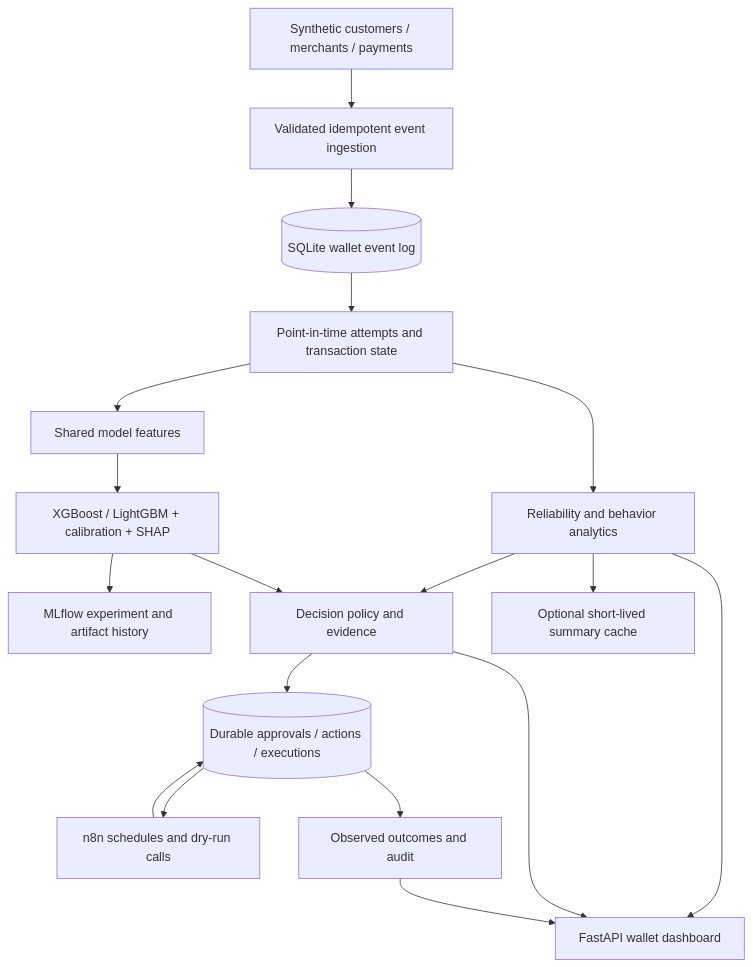
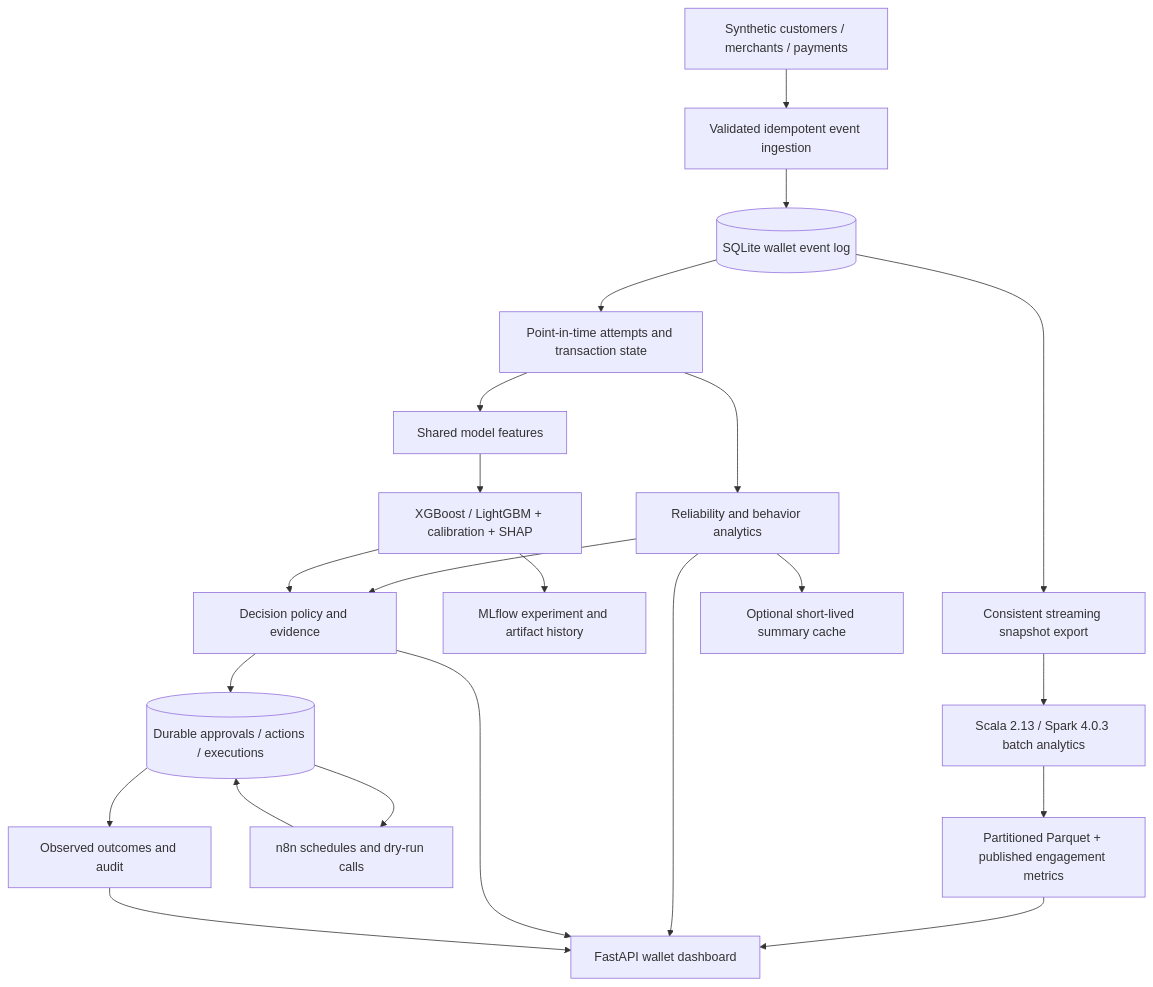
Before and after one commit to iayamin6/Careflow: the diagram in docs/WALLET.md, drawn with Mermaid. The commit also changed other lines of this file and 49 other files, not shown here.

Commit message:
Integrate Scala Spark analytics and complete wallet operations controls

````diff
--- a/docs/WALLET.md
+++ b/docs/WALLET.md
@@ -3,20 +3,24 @@
 ```mermaid
 flowchart TD
     Data[Synthetic customers / merchants / payments] --> Ingest[Validated idempotent event ingestion]
     Ingest --> DB[(SQLite wallet event log)]
+    DB --> Export[Consistent streaming snapshot export]
+    Export --> Spark[Scala 2.13 / Spark 4.0.3 batch analytics]
+    Spark --> Parquet[Partitioned Parquet + published engagement metrics]
+    Parquet --> UI
     DB --> State[Point-in-time attempts and transaction state]
     State --> Analytics[Reliability and behavior analytics]
     State --> Features[Shared model features]
     Features --> Models[XGBoost / LightGBM + calibration + SHAP]
     Models --> Tracking[MLflow experiment and artifact history]
     Analytics --> Decisions[Decision policy and evidence]
     Models --> Decisions
     Decisions --> Actions[(Durable approvals / actions / executions)]
     Actions --> n8n[n8n schedules and dry-run calls]
     n8n --> Actions
     Actions --> Outcomes[Observed outcomes and audit]
     Analytics --> UI[FastAPI wallet dashboard]
     Decisions --> UI
     Outcomes --> UI
     Analytics --> Redis[Optional short-lived summary cache]
 ```
````
